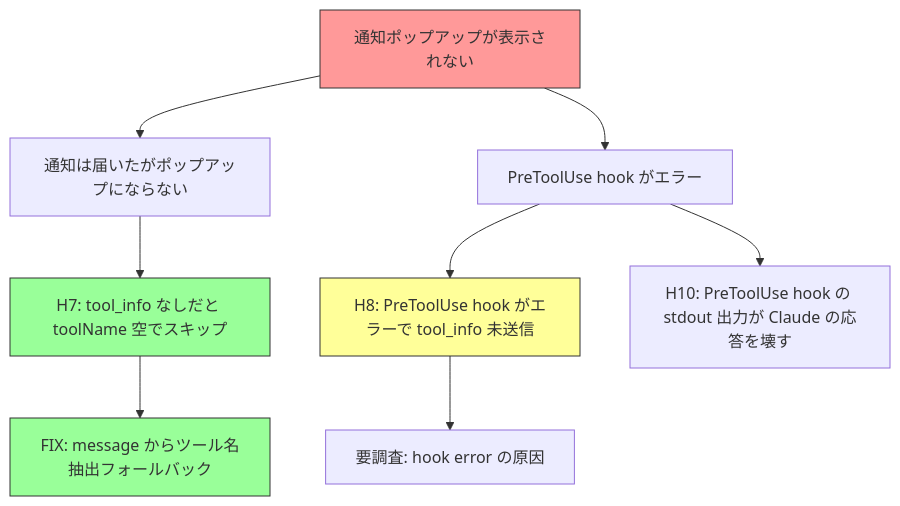
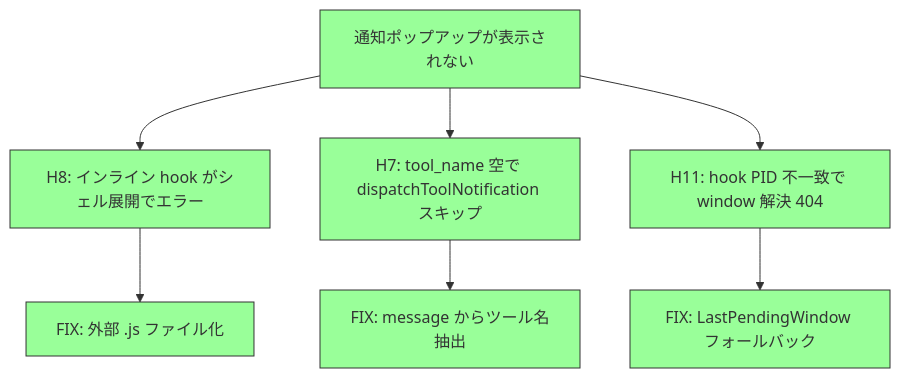
The diagram in docs/dev/ssh-notify-debug.md (any-context/lazyclaude), drawn with Mermaid before and after one commit. The commit also changed other lines of this file, not shown here.

First line of the commit message:
docs: ssh-notify-debug resolved — 3 fixes for remote notification chain

````diff
--- a/docs/dev/ssh-notify-debug.md
+++ b/docs/dev/ssh-notify-debug.md
@@ -15,17 +30,18 @@
 ```mermaid
 graph TD
-    ROOT[通知ポップアップが表示されない] --> A[通知は届いたがポップアップにならない]
-    ROOT --> B[PreToolUse hook がエラー]
+    ROOT[通知ポップアップが表示されない] --> H8[H8: インライン hook がシェル展開でエラー]
+    ROOT --> H7[H7: tool_name 空で dispatchToolNotification スキップ]
+    ROOT --> H11[H11: hook PID 不一致で window 解決 404]
 
-    A --> H7[H7: tool_info なしだと toolName 空でスキップ]
-    B --> H8[H8: PreToolUse hook がエラーで tool_info 未送信]
-    B --> H10[H10: PreToolUse hook の stdout 出力が Claude の応答を壊す]
+    H8 --> FIX1[FIX: 外部 .js ファイル化]
+    H7 --> FIX2[FIX: message からツール名抽出]
+    H11 --> FIX3[FIX: LastPendingWindow フォールバック]
 
-    H7 --> FIX1[FIX: message からツール名抽出フォールバック]
-    H8 --> INVESTIGATE[要調査: hook error の原因]
-
+    style H8 fill:#9f9,stroke:#333
     style H7 fill:#9f9,stroke:#333
+    style H11 fill:#9f9,stroke:#333
     style FIX1 fill:#9f9,stroke:#333
-    style H8 fill:#ff9,stroke:#333
-    style ROOT fill:#f99,stroke:#333
+    style FIX2 fill:#9f9,stroke:#333
+    style FIX3 fill:#9f9,stroke:#333
+    style ROOT fill:#9f9,stroke:#333
 ```
````
